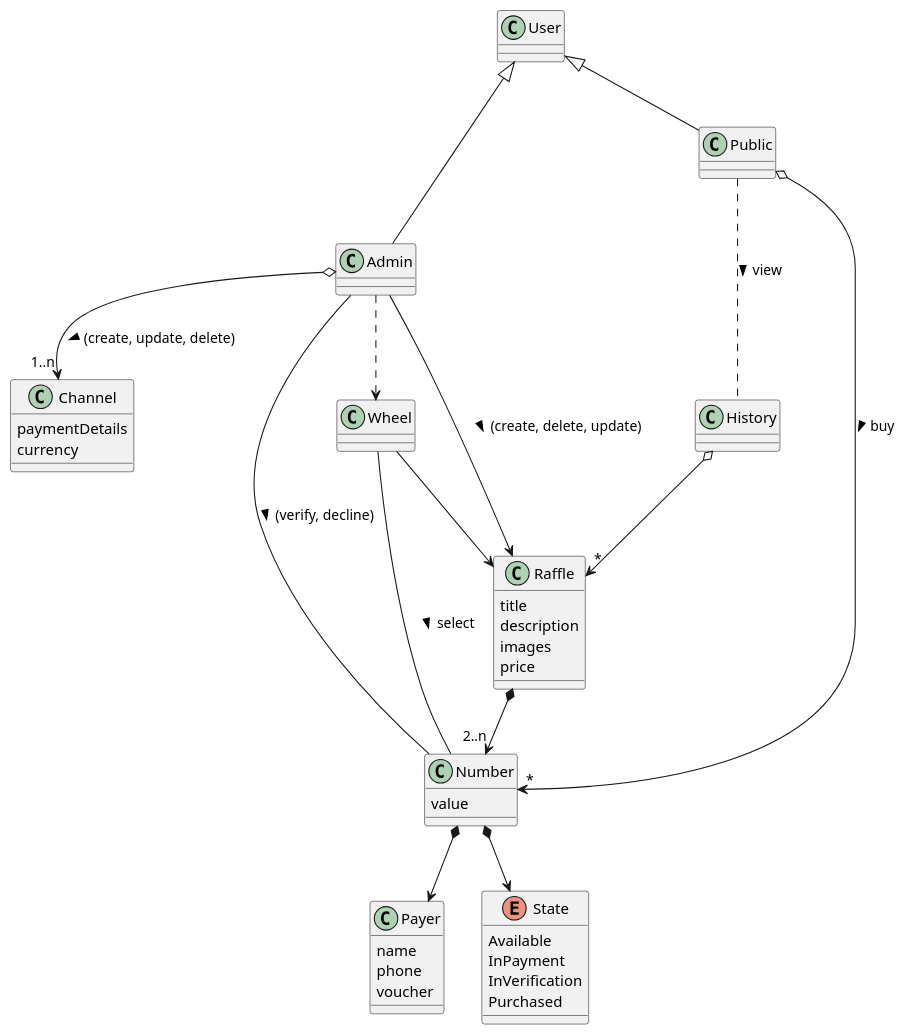
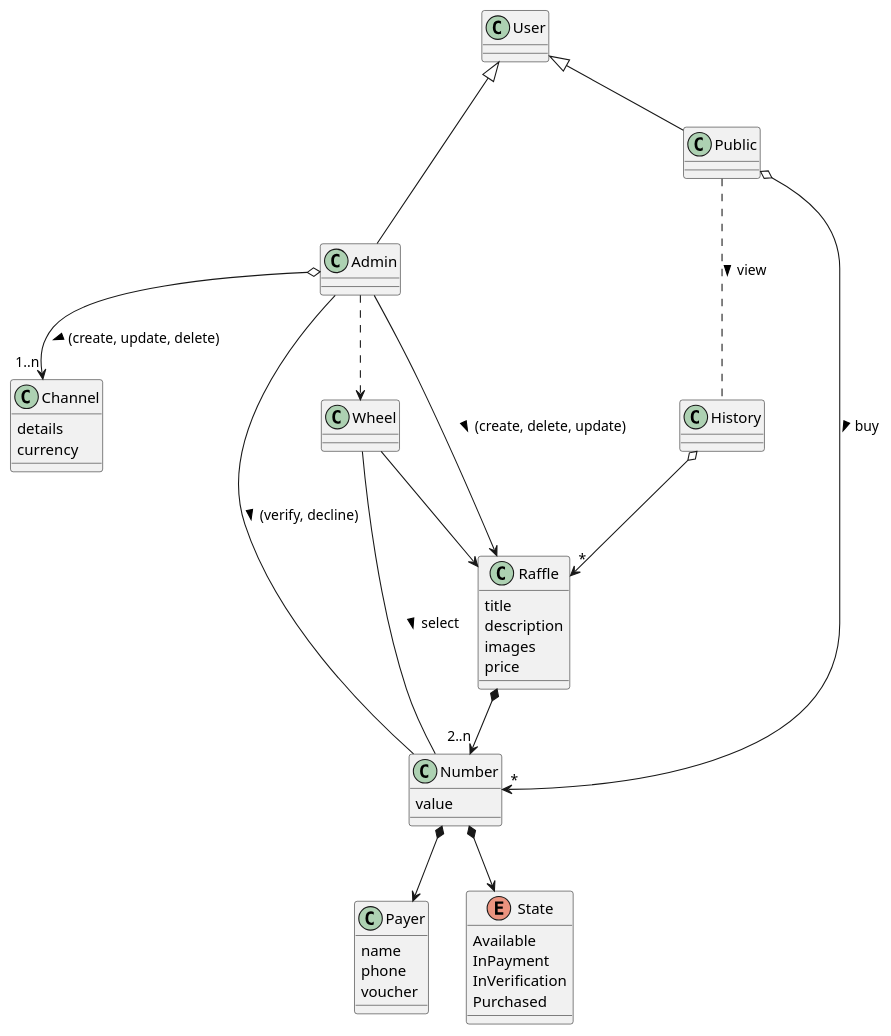
The diagram in docs/DomainModel/index.plantuml (marcos-velasquez/raffle), drawn with PlantUML before and after one commit. The commit also changed 18 other files, not shown here.

Commit message:
refactor: rename paymentDetails to details in Channel entity and related components

```diff
--- a/docs/DomainModel/index.plantuml
+++ b/docs/DomainModel/index.plantuml
@@ -1,54 +1,54 @@
 @startuml DomainModel
 
 class User {}
 User <|-down- Admin
 User <|-down- Public
 
 class Admin {}
 Admin -down-> Raffle : "(create, delete, update) >"
 Admin -down- Number: "(verify, decline) >"
 Admin ..> Wheel
 Admin o-down-> "1..n" Channel : "(create, update, delete) >"
 
 class Channel {
-    paymentDetails
+    details
     currency
 }
 
 class Public {}
 Public o-down-> "*" Number : "buy >"
 Public ... History : "view >"
 
 class Raffle {
     title
     description
     images
     price
 }
 Raffle *-down-> "2..n" Number
 
 class Number {
     value
 }
 class Payer {
     name
     phone 
     voucher
 }
 enum State {
     Available
     InPayment
     InVerification
     Purchased
 }
 Number *-down-> State 
 Number *-down-> Payer 
 
 class History {}
 History o-down-> "*" Raffle
 
 class Wheel {}
 Wheel -down-> Raffle
 Wheel -down-  Number : "select >" 
 
 @enduml
```
